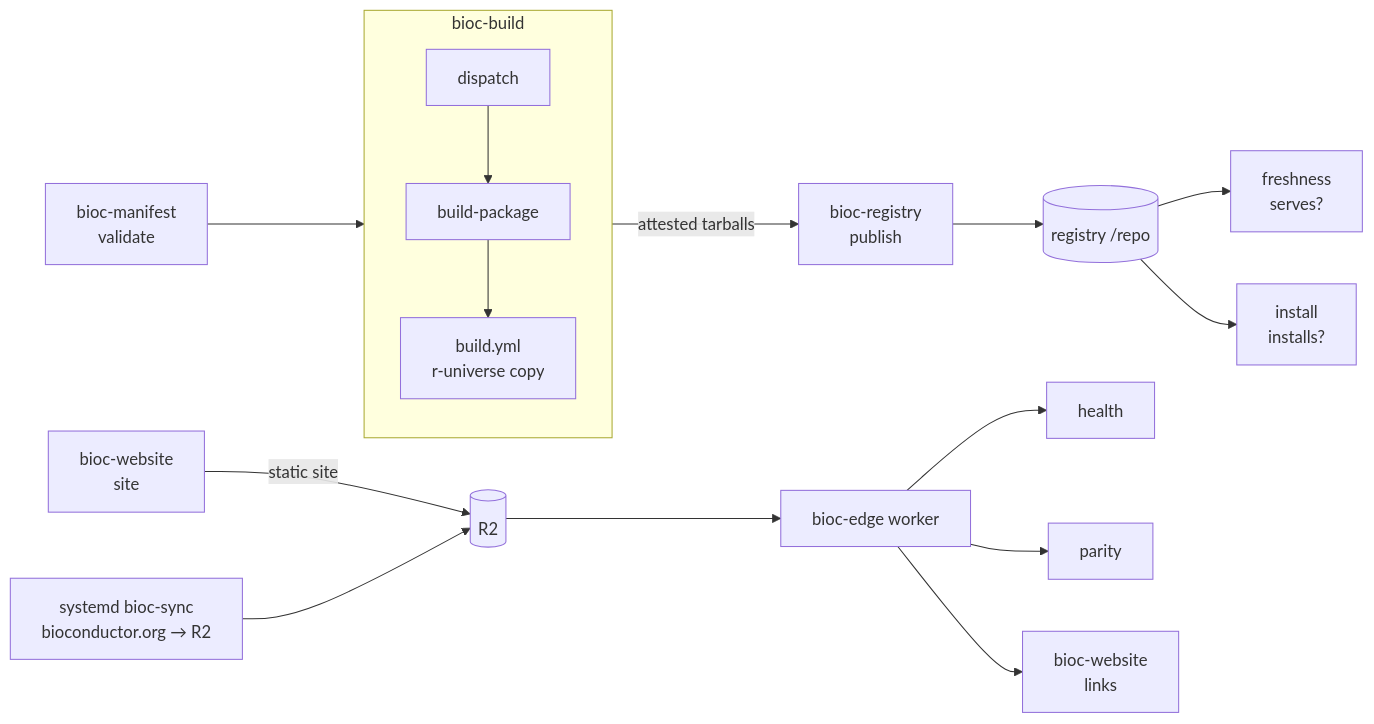
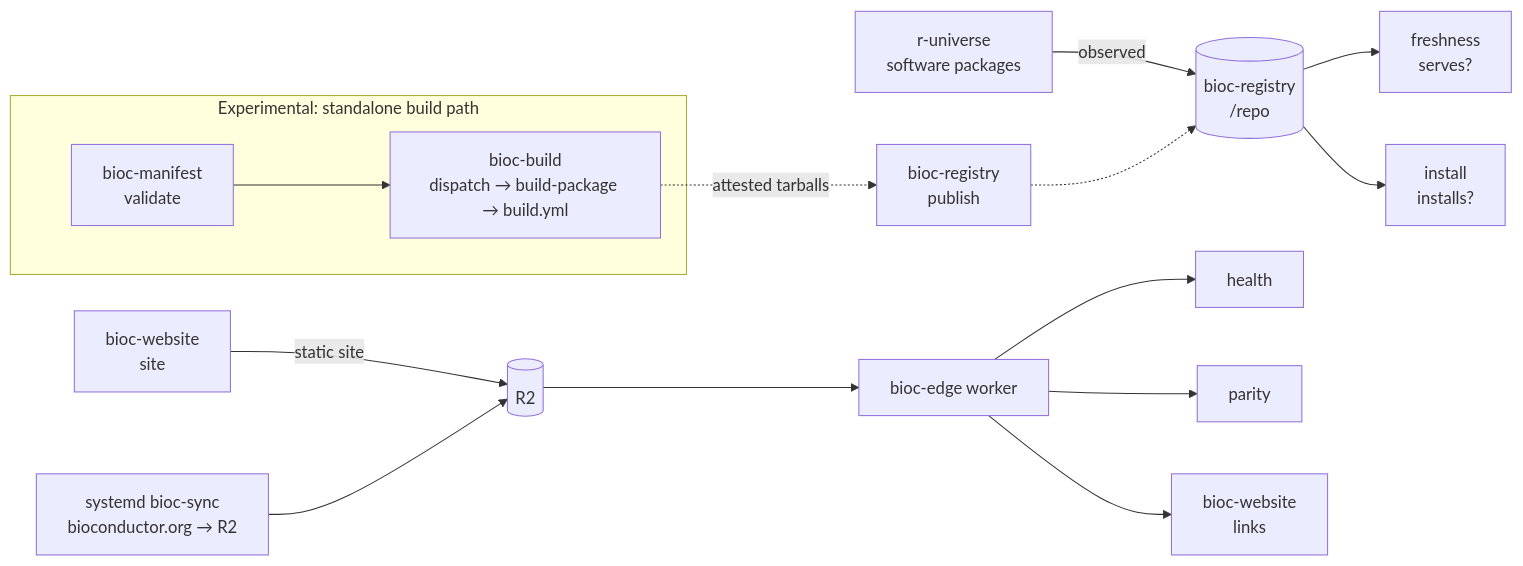
One commit to seandavi/bioc-infrastructure changed the diagram in ci.qmd. Above: the diagram before and after it, drawn with Mermaid. The commit also changed other lines of this file and 1 other file, not shown here.

Commit message:
CI page: bioc-build and bioc-manifest under Experimental
They prototype the standalone build path for packages r-universe does
not build (ADR 0010); software packages reach the registry from
r-universe. The diagram now shows r-universe as the producer and the
build path as a dotted experimental branch.

````diff
--- a/ci.qmd
+++ b/ci.qmd
@@ -16,15 +16,14 @@
 ```{mermaid}
 flowchart LR
-  M[bioc-manifest<br/>validate] --> B
-  subgraph B[bioc-build]
-    D[dispatch] --> BP[build-package] --> BW[build.yml<br/>r-universe copy]
-  end
-  B -- attested tarballs --> P[bioc-registry<br/>publish]
-  P --> R[(registry /repo)]
+  U[r-universe<br/>software packages] -- observed --> R[(bioc-registry<br/>/repo)]
   R --> F[freshness<br/>serves?]
   R --> I[install<br/>installs?]
   W[bioc-website<br/>site] -- static site --> R2[(R2)]
   S[systemd bioc-sync<br/>bioconductor.org → R2] --> R2
   R2 --> E[bioc-edge worker]
   E --> H[health] & PA[parity] & L[bioc-website<br/>links]
+  subgraph X[Experimental: standalone build path]
+    M[bioc-manifest<br/>validate] --> D[bioc-build<br/>dispatch → build-package → build.yml]
+  end
+  D -. attested tarballs .-> P[bioc-registry<br/>publish] -.-> R
 ```
````
